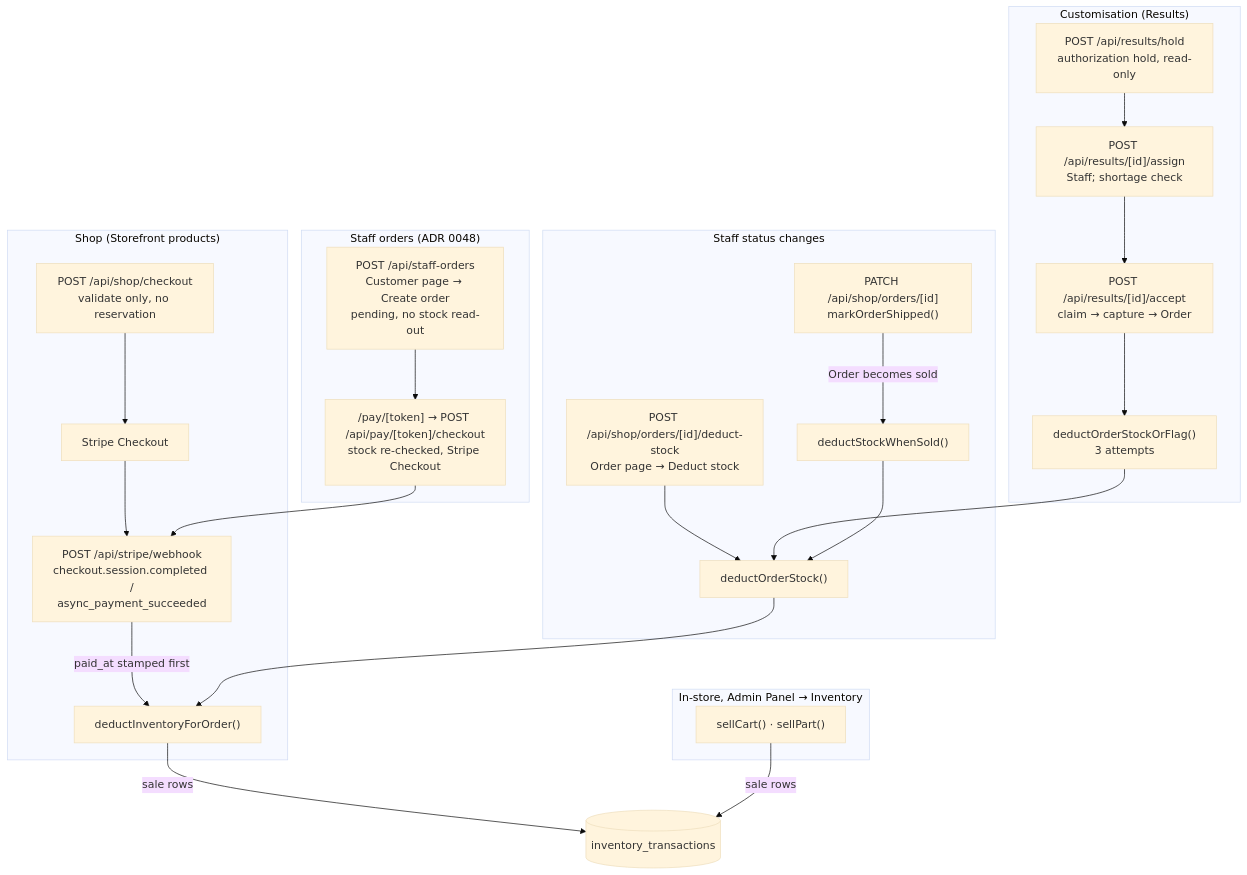
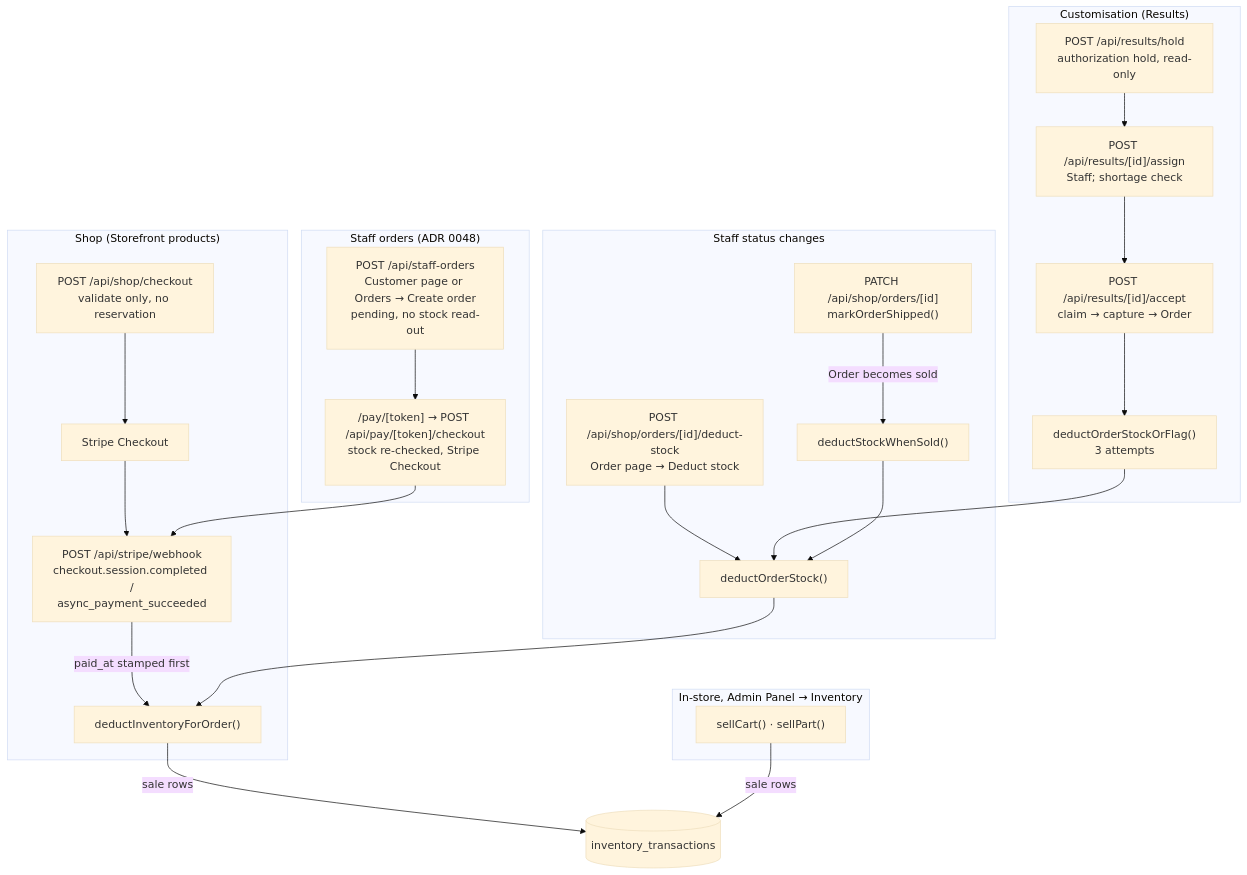
Before and after one commit to ivanyeors/mp: the diagram in docs/data-flows/purchases-to-inventory.md, drawn with Mermaid (base theme). The commit also changed other lines of this file and 11 other files, not shown here.

First line of the commit message:
Create a Staff order from Orders, picking or adding the Customer first

````diff
--- a/docs/data-flows/purchases-to-inventory.md
+++ b/docs/data-flows/purchases-to-inventory.md
@@ -13,29 +13,29 @@
 ```mermaid
 flowchart TD
   subgraph shop["Shop (Storefront products)"]
     co["POST /api/shop/checkout<br/>validate only, no reservation"] --> stripe["Stripe Checkout"]
     stripe --> wh["POST /api/stripe/webhook<br/>checkout.session.completed /<br/>async_payment_succeeded"]
     wh -->|"paid_at stamped first"| did["deductInventoryForOrder()"]
   end
   subgraph results["Customisation (Results)"]
     hold["POST /api/results/hold<br/>authorization hold, read-only"] --> assign["POST /api/results/[id]/assign<br/>Staff; shortage check"]
     assign --> accept["POST /api/results/[id]/accept<br/>claim → capture → Order"]
     accept --> dos["deductOrderStockOrFlag()<br/>3 attempts"]
   end
   subgraph staffo["Staff orders (ADR 0048)"]
-    so["POST /api/staff-orders<br/>Customer page → Create order<br/>pending, no stock read-out"] --> pl["/pay/[token] → POST /api/pay/[token]/checkout<br/>stock re-checked, Stripe Checkout"]
+    so["POST /api/staff-orders<br/>Customer page or Orders → Create order<br/>pending, no stock read-out"] --> pl["/pay/[token] → POST /api/pay/[token]/checkout<br/>stock re-checked, Stripe Checkout"]
     pl --> wh
   end
   subgraph staff["Staff status changes"]
     mk["PATCH /api/shop/orders/[id]<br/>markOrderShipped()"] -->|"Order becomes sold"| dws["deductStockWhenSold()"]
     btn["POST /api/shop/orders/[id]/deduct-stock<br/>Order page → Deduct stock"] --> dst["deductOrderStock()"]
   end
   subgraph manual["In-store, Admin Panel → Inventory"]
     cart["sellCart() · sellPart()"]
   end
   dos --> dst
   dws --> dst
   dst --> did
   did -->|"sale rows"| tx[(inventory_transactions)]
   cart -->|"sale rows"| tx
 ```
````
